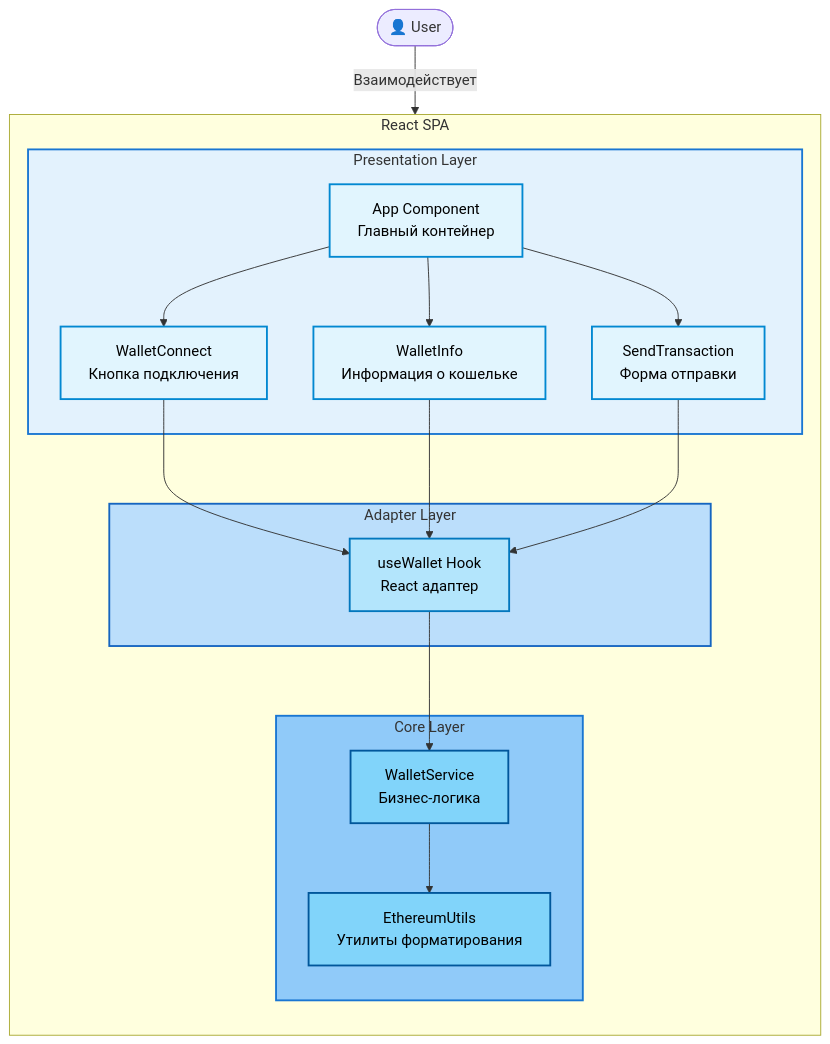
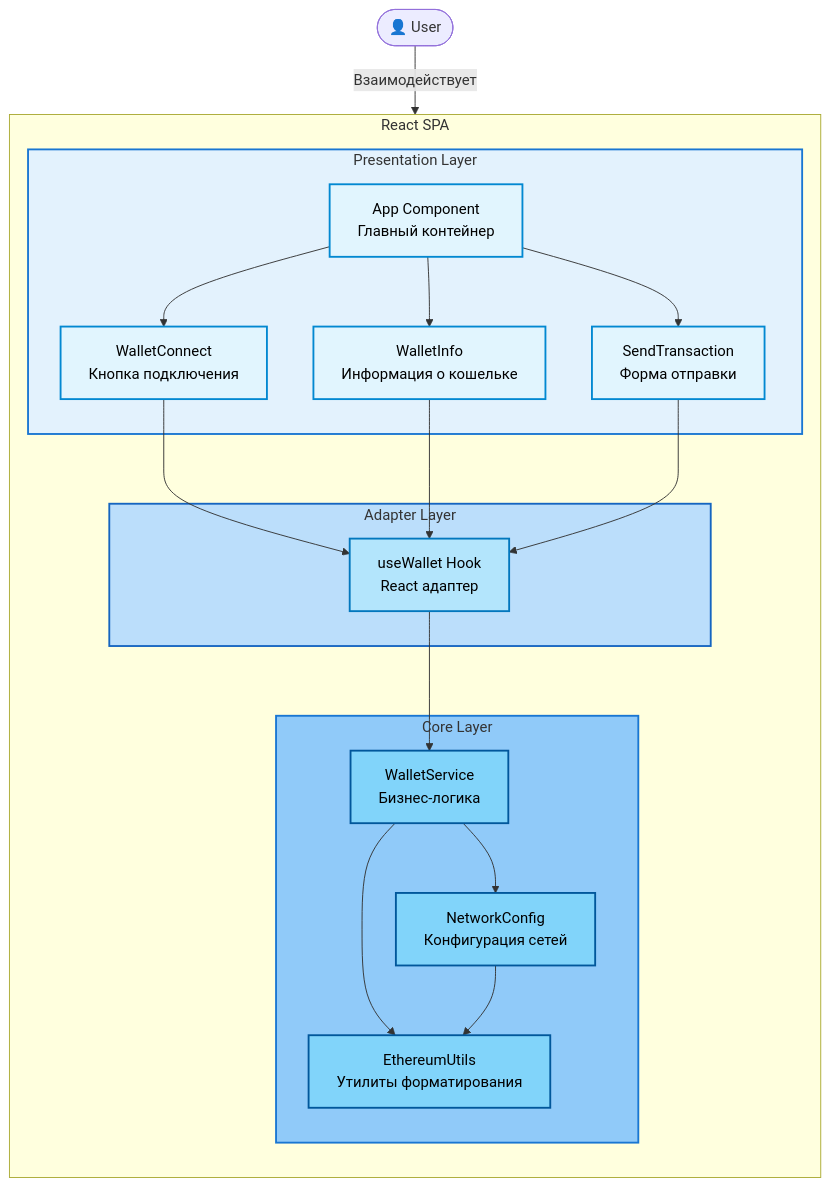
One commit to danealton/web3-simple-example changed the diagram in docs/architecture/c4-diagrams/level-3-components.md. Above: the diagram before and after it, drawn with Mermaid. The commit also changed other lines of this file and 7 other files, not shown here.

````diff
--- a/docs/architecture/c4-diagrams/level-3-components.md
+++ b/docs/architecture/c4-diagrams/level-3-components.md
@@ -15,51 +15,55 @@
 ```mermaid
 flowchart TB
     User([👤 User])
 
     subgraph reactApp[React SPA]
         direction TB
 
         subgraph presentation[Presentation Layer]
             app[App Component<br/>Главный контейнер]
             connect[WalletConnect<br/>Кнопка подключения]
             info[WalletInfo<br/>Информация о кошельке]
             send[SendTransaction<br/>Форма отправки]
         end
 
         subgraph adapter[Adapter Layer]
             hook[useWallet Hook<br/>React адаптер]
         end
 
         subgraph core[Core Layer]
             service[WalletService<br/>Бизнес-логика]
+            networkConfig[NetworkConfig<br/>Конфигурация сетей]
             utils[EthereumUtils<br/>Утилиты форматирования]
         end
 
         app --> connect
         app --> info
         app --> send
 
         connect --> hook
         info --> hook
         send --> hook
 
         hook --> service
+        service --> networkConfig
         service --> utils
+        networkConfig --> utils
     end
 
     User -->|Взаимодействует| app
 
     style presentation fill:#e3f2fd,stroke:#1976d2,stroke-width:2px
     style adapter fill:#bbdefb,stroke:#1565c0,stroke-width:2px
     style core fill:#90caf9,stroke:#1976d2,stroke-width:2px
 
     style app fill:#e1f5fe,stroke:#0288d1,stroke-width:2px,color:#000
     style connect fill:#e1f5fe,stroke:#0288d1,stroke-width:2px,color:#000
     style info fill:#e1f5fe,stroke:#0288d1,stroke-width:2px,color:#000
     style send fill:#e1f5fe,stroke:#0288d1,stroke-width:2px,color:#000
 
     style hook fill:#b3e5fc,stroke:#0277bd,stroke-width:2px,color:#000
 
     style service fill:#81d4fa,stroke:#01579b,stroke-width:2px,color:#000
+    style networkConfig fill:#81d4fa,stroke:#01579b,stroke-width:2px,color:#000
     style utils fill:#81d4fa,stroke:#01579b,stroke-width:2px,color:#000
 ```
````
